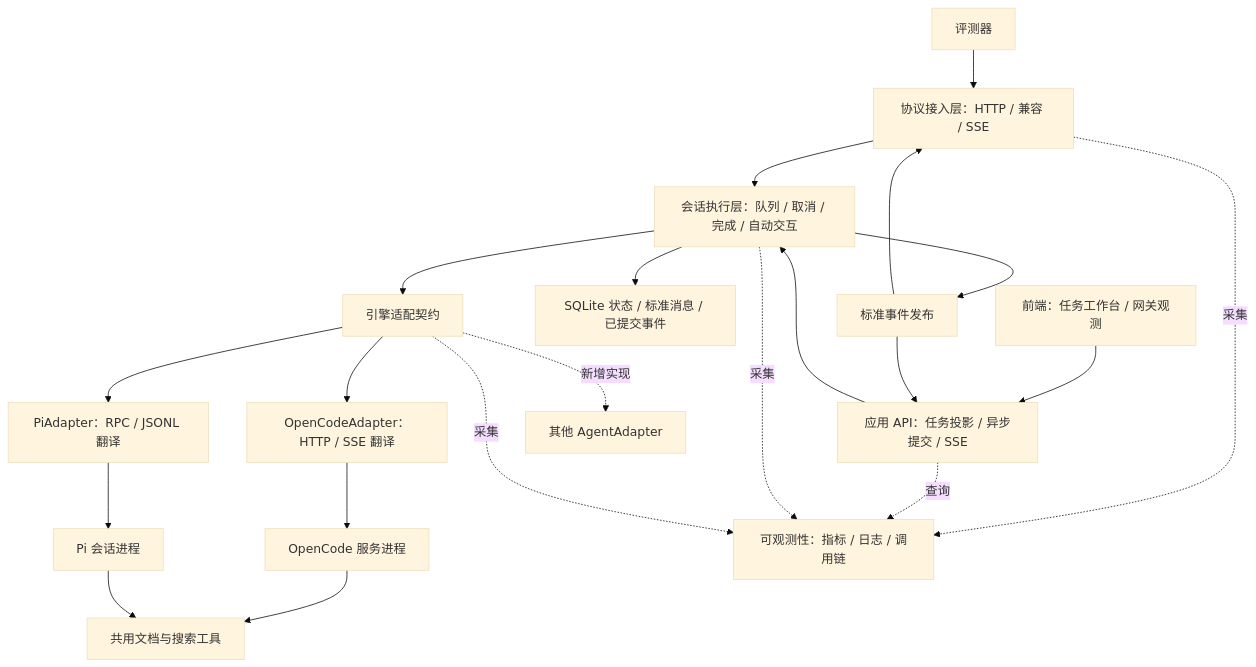
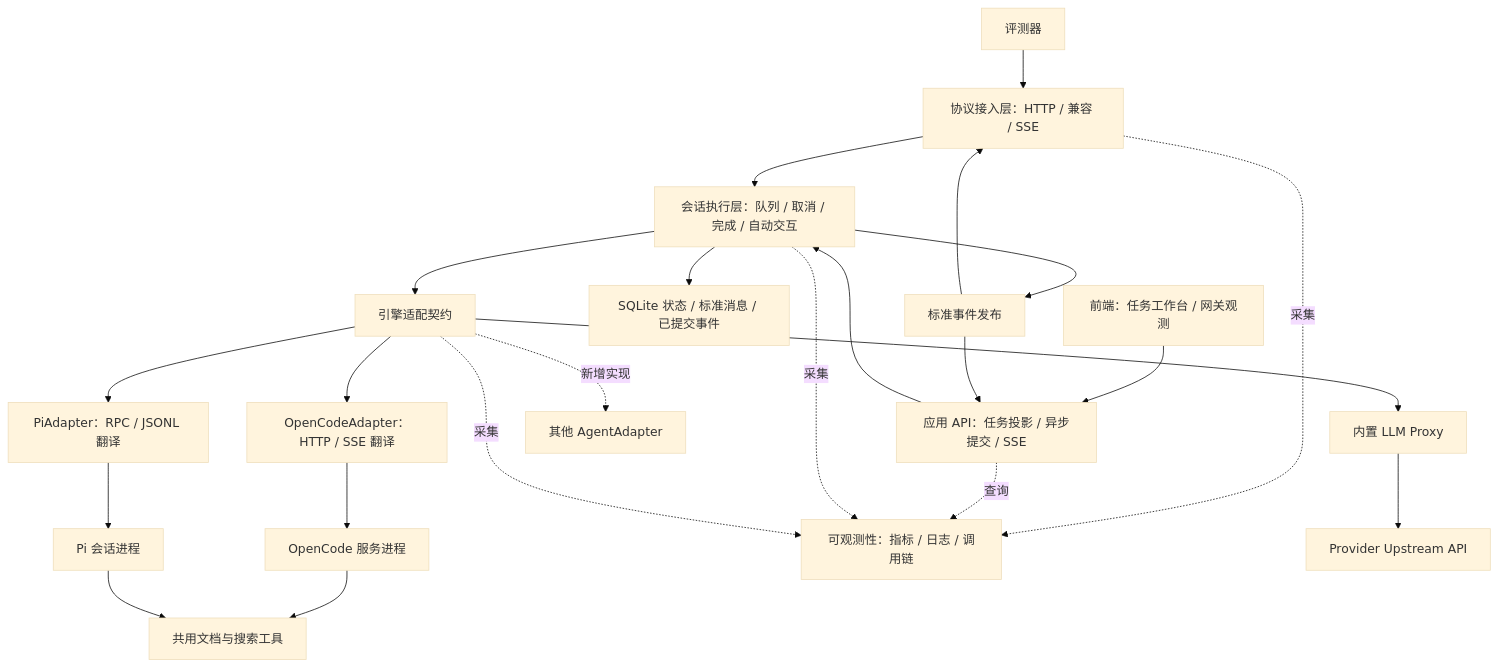
One commit to cyberspacelee/AgentBridge changed the first of 2 diagrams in ARCHITECTURE.md. Above: the diagram before and after it, drawn with Mermaid (base theme). The commit also changed other lines of this file and 26 other files, not shown here.

Commit message:
feat: add unified llm api proxy

````diff
--- a/ARCHITECTURE.md
+++ b/ARCHITECTURE.md
@@ -27,33 +27,35 @@
 ```mermaid
 flowchart TB
     Client[评测器]
     Web[前端：任务工作台 / 网关观测]
     WebAPI[应用 API：任务投影 / 异步提交 / SSE]
     API[协议接入层：HTTP / 兼容 / SSE]
     Runtime[会话执行层：队列 / 取消 / 完成 / 自动交互]
     Store[SQLite 状态 / 标准消息 / 已提交事件]
     Events[标准事件发布]
     Adapter[引擎适配契约]
     OC[OpenCodeAdapter：HTTP / SSE 翻译]
     Pi[PiAdapter：RPC / JSONL 翻译]
     Future[其他 AgentAdapter]
     OCProcess[OpenCode 服务进程]
     PiProcess[Pi 会话进程]
     Tools[共用文档与搜索工具]
     Telemetry[可观测性：指标 / 日志 / 调用链]
     Client --> API --> Runtime
     Web --> WebAPI --> Runtime
     Runtime --> Store
     Runtime --> Events --> API
     Events --> WebAPI
     API -. 采集 .-> Telemetry
     WebAPI -. 查询 .-> Telemetry
     Runtime -. 采集 .-> Telemetry
     Adapter -. 采集 .-> Telemetry
     Runtime --> Adapter
+    Adapter --> LLMProxy[内置 LLM Proxy]
+    LLMProxy --> Upstream[Provider Upstream API]
     Adapter --> OC --> OCProcess
     Adapter --> Pi --> PiProcess
     Adapter -. 新增实现 .-> Future
     OCProcess --> Tools
     PiProcess --> Tools
 ```
````
